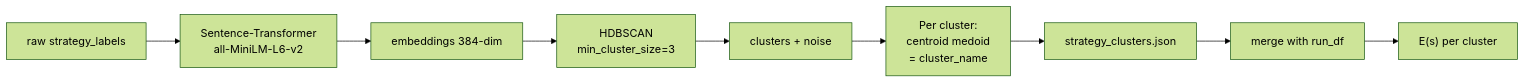
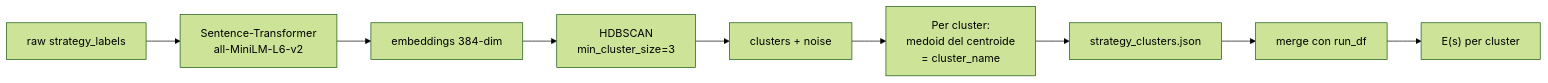
Before and after one commit to aleforg/ouroboros: the diagram in docs/06-metrics.md, drawn with Mermaid (forest theme). The commit also changed other lines of this file and 10 other files, not shown here.

````diff
--- a/docs/06-metrics.md
+++ b/docs/06-metrics.md
@@ -512,11 +638,11 @@
 ```mermaid
 flowchart LR
     A[raw strategy_labels] --> B[Sentence-Transformer<br/>all-MiniLM-L6-v2]
     B --> C[embeddings 384-dim]
     C --> D[HDBSCAN<br/>min_cluster_size=3]
     D --> E[clusters + noise]
-    E --> F[Per cluster:<br/>centroid medoid<br/>= cluster_name]
+    E --> F[Per cluster:<br/>medoid del centroide<br/>= cluster_name]
     F --> G[strategy_clusters.json]
-    G --> H[merge with run_df]
+    G --> H[merge con run_df]
     H --> I["E(s) per cluster"]
 ```
````
